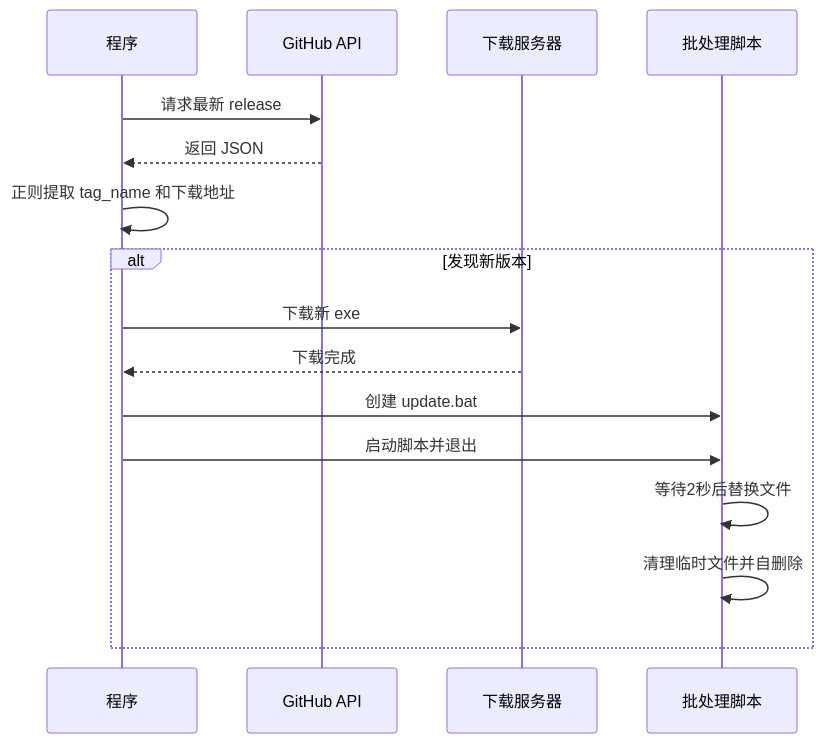
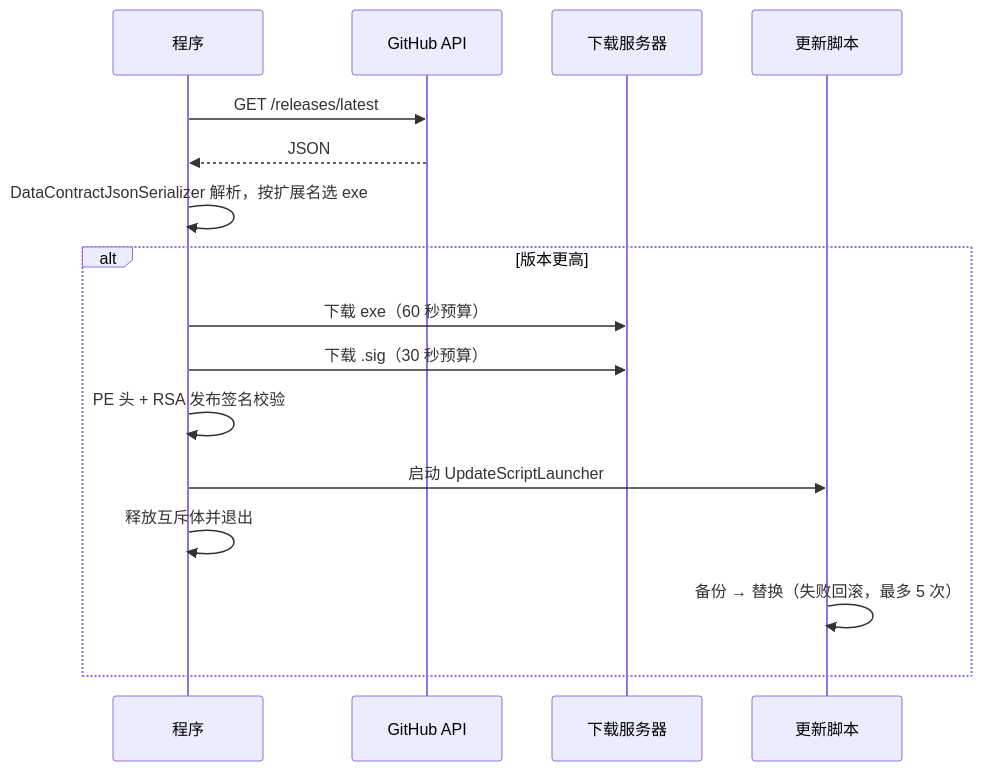
One commit to Foxelf-Studio/SeewoOptimizer changed the diagram in README.md. Above: the diagram before and after it, drawn with Mermaid. The commit also changed other lines of this file and 1 other file, not shown here.

````diff
--- a/README.md
+++ b/README.md
@@ -192,19 +162,19 @@
 ```mermaid
 sequenceDiagram
     participant P as 程序
     participant G as GitHub API
     participant D as 下载服务器
-    participant B as 批处理脚本
+    participant B as 更新脚本
 
-    P->>G: 请求最新 release
-    G-->>P: 返回 JSON
-    P->>P: 正则提取 tag_name 和下载地址
-    alt 发现新版本
-        P->>D: 下载新 exe
-        D-->>P: 下载完成
-        P->>B: 创建 update.bat
-        P->>B: 启动脚本并退出
-        B->>B: 等待2秒后替换文件
-        B->>B: 清理临时文件并自删除
+    P->>G: GET /releases/latest
+    G-->>P: JSON
+    P->>P: DataContractJsonSerializer 解析，按扩展名选 exe
+    alt 版本更高
+        P->>D: 下载 exe（60 秒预算）
+        P->>D: 下载 .sig（30 秒预算）
+        P->>P: PE 头 + RSA 发布签名校验
+        P->>B: 启动 UpdateScriptLauncher
+        P->>P: 释放互斥体并退出
+        B->>B: 备份 → 替换（失败回滚，最多 5 次）
     end
 ```
````
